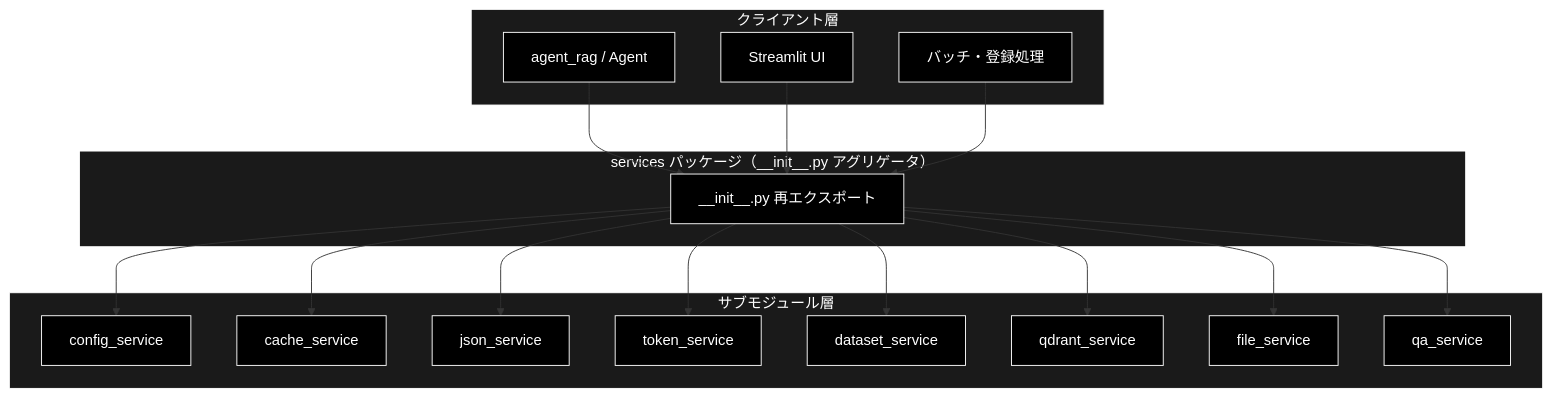
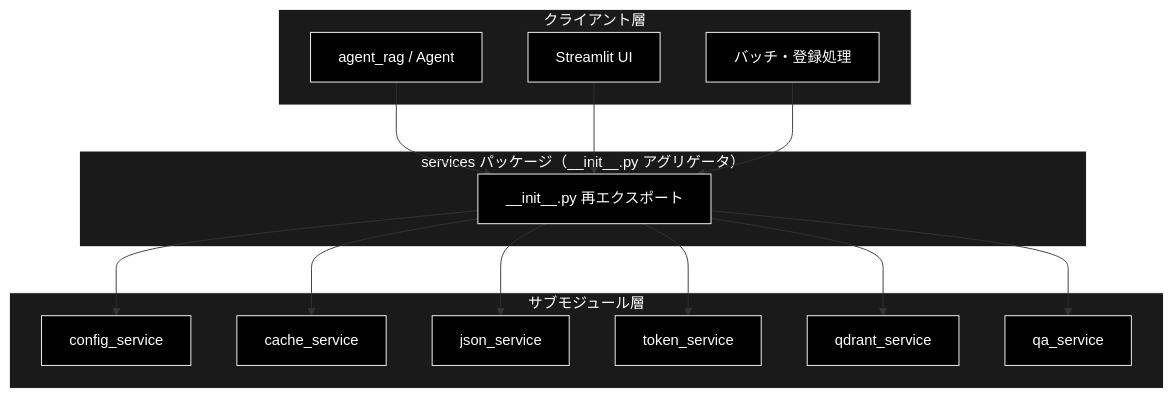
Before and after one commit to nakashima2toshio/grace_v2_local: the first of 3 diagrams in services/docs/__init__.md, drawn with Mermaid. The commit also changed other lines of this file and 11 other files, not shown here.

First line of the commit message:
chore(services): 呼び出し元の無い dataset_service / file_service を削除する

````diff
--- a/services/docs/__init__.md
+++ b/services/docs/__init__.md
@@ -66,41 +70,37 @@
 ```mermaid
 flowchart TB
     subgraph CLIENT["クライアント層"]
         AGENT["agent_rag / Agent"]
         UI["Streamlit UI"]
         SCRIPT["バッチ・登録処理"]
     end
 
     subgraph PACKAGE["services パッケージ（__init__.py アグリゲータ）"]
         INIT["__init__.py 再エクスポート"]
     end
 
     subgraph SUBMODULE["サブモジュール層"]
         CONFIG["config_service"]
         CACHE["cache_service"]
         JSONS["json_service"]
         TOKEN["token_service"]
-        DATASET["dataset_service"]
         QDRANTS["qdrant_service"]
-        FILES["file_service"]
         QAS["qa_service"]
     end
 
     AGENT --> INIT
     UI --> INIT
     SCRIPT --> INIT
     INIT --> CONFIG
     INIT --> CACHE
     INIT --> JSONS
     INIT --> TOKEN
-    INIT --> DATASET
     INIT --> QDRANTS
-    INIT --> FILES
     INIT --> QAS
 classDef default fill:#000,stroke:#fff,color:#fff
 classDef subgraphStyle fill:#1a1a1a,stroke:#fff,color:#fff
-class AGENT,UI,SCRIPT,INIT,CONFIG,CACHE,JSONS,TOKEN,DATASET,QDRANTS,FILES,QAS default
+class AGENT,UI,SCRIPT,INIT,CONFIG,CACHE,JSONS,TOKEN,QDRANTS,QAS default
 style CLIENT fill:#1a1a1a,stroke:#fff,color:#fff
 style PACKAGE fill:#1a1a1a,stroke:#fff,color:#fff
 style SUBMODULE fill:#1a1a1a,stroke:#fff,color:#fff
 ```
````
